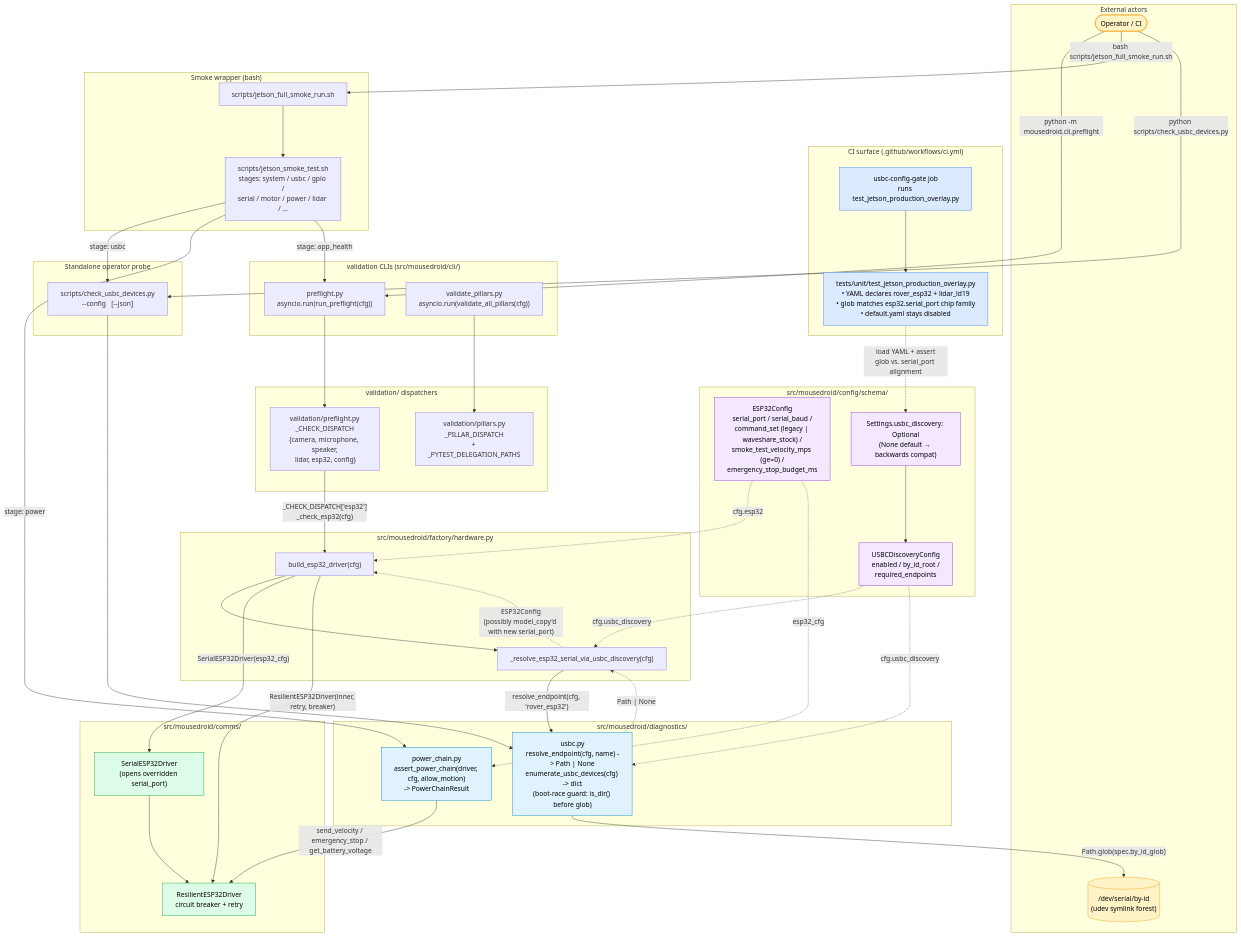
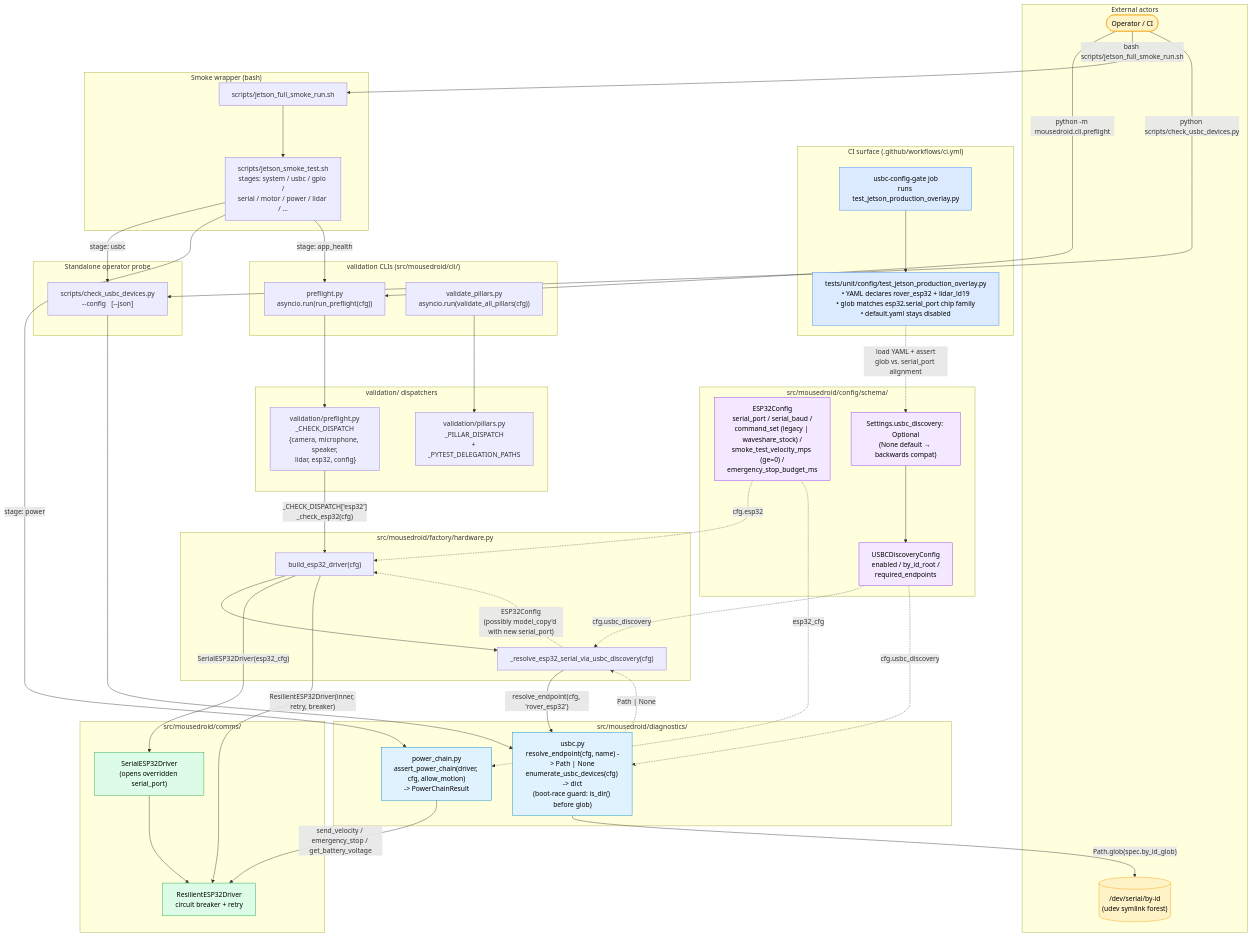
The diagram in docs/architecture/c4-usbc-smoke.md (ianshank/Mouse-Droid-AGI), drawn with Mermaid before and after one commit. The commit also changed 31 other files, not shown here.

```diff
--- a/docs/architecture/c4-usbc-smoke.md
+++ b/docs/architecture/c4-usbc-smoke.md
@@ -22,7 +22,7 @@
 
     subgraph CI["CI surface (.github/workflows/ci.yml)"]
         UsbcGate["usbc-config-gate job\nruns test_jetson_production_overlay.py"]
-        Regression["tests/unit/test_jetson_production_overlay.py\n• YAML declares rover_esp32 + lidar_ld19\n• glob matches esp32.serial_port chip family\n• default.yaml stays disabled"]
+        Regression["tests/unit/config/test_jetson_production_overlay.py\n• YAML declares rover_esp32 + lidar_ld19\n• glob matches esp32.serial_port chip family\n• default.yaml stays disabled"]
     end
 
     subgraph SmokeWrapper["Smoke wrapper (bash)"]
```
